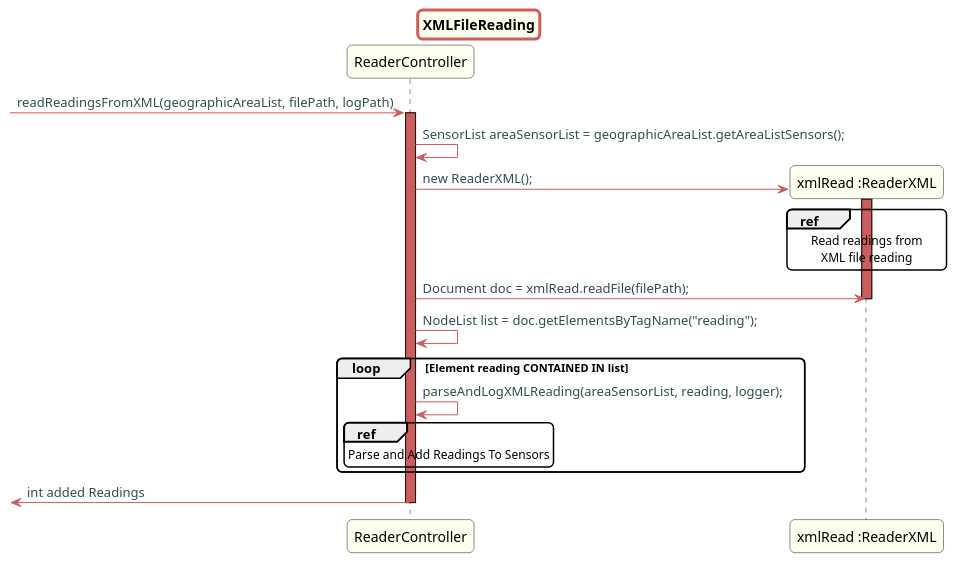
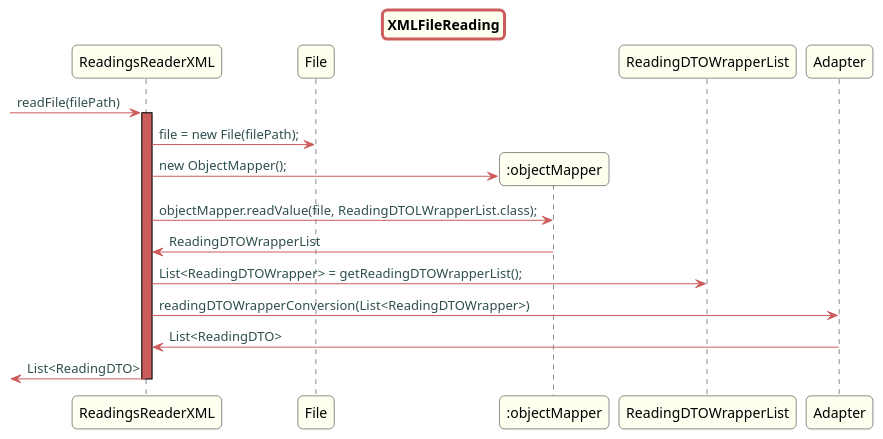
The diagram in src/doc/Controllers/HouseConfiguration/US20v2/XML/XMLFileReading.puml (Almadanmp/project), drawn with PlantUML before and after one commit. The commit also changed 19 other files, not shown here.

```diff
--- a/src/doc/Controllers/HouseConfiguration/US20v2/XML/XMLFileReading.puml
+++ b/src/doc/Controllers/HouseConfiguration/US20v2/XML/XMLFileReading.puml
@@ -1,57 +1,50 @@
 @startuml
 
 skinparam titleBorderRoundCorner 10
 skinparam titleBorderThickness 3
 skinparam titleBorderColor indianred
 skinparam titleBackgroundColor ivory
 skinparam FontName quicksand
 
 skinparam actor {
   BorderColor indianred
   }
 
 skinparam sequence {
   LifeLineBackgroundColor indianred
   ParticipantBackgroundColor ivory
 }
 
 skinparam roundcorner 10
 
 skinparam component {
   arrowThickness 1
   ArrowFontName Verdana
   ArrowColor indianred
   ArrowFontColor darkslategrey
 }
 
 
 
 title XMLFileReading
--> ReaderController: readReadingsFromXML(geographicAreaList, filePath, logPath)
-activate ReaderController
+-> ReadingsReaderXML: readFile(filePath)
+activate ReadingsReaderXML
 
-ReaderController -> ReaderController: SensorList areaSensorList = geographicAreaList.getAreaListSensors();
-create "xmlRead :ReaderXML"
-ReaderController -> "xmlRead :ReaderXML": new ReaderXML();
-activate "xmlRead :ReaderXML"
-ref over "xmlRead :ReaderXML"
-Read readings from
-XML file reading
-end ref
-ReaderController -> "xmlRead :ReaderXML": Document doc = xmlRead.readFile(filePath);
-deactivate "xmlRead :ReaderXML"
 
-ReaderController -> ReaderController: NodeList list = doc.getElementsByTagName("reading");
 
-loop  Element reading CONTAINED IN list
-ReaderController -> ReaderController: parseAndLogXMLReading(areaSensorList, reading, logger);
-ref over ReaderController
-Parse and Add Readings To Sensors
-end ref
+ReadingsReaderXML -> File: file = new File(filePath);
 
-end
+create ":objectMapper"
+ReadingsReaderXML -> ":objectMapper": new ObjectMapper();
+ReadingsReaderXML -> ":objectMapper": objectMapper.readValue(file, ReadingDTOLWrapperList.class);
+":objectMapper" -> ReadingsReaderXML: ReadingDTOWrapperList
 
-<- ReaderController: int added Readings
-deactivate "ReaderController"
+ReadingsReaderXML -> ReadingDTOWrapperList: List<ReadingDTOWrapper> = getReadingDTOWrapperList();
+
+ReadingsReaderXML -> Adapter: readingDTOWrapperConversion(List<ReadingDTOWrapper>)
+Adapter -> ReadingsReaderXML: List<ReadingDTO>
+
+<- ReadingsReaderXML: List<ReadingDTO>
+deactivate "ReadingsReaderXML"
 
 @enduml
```
